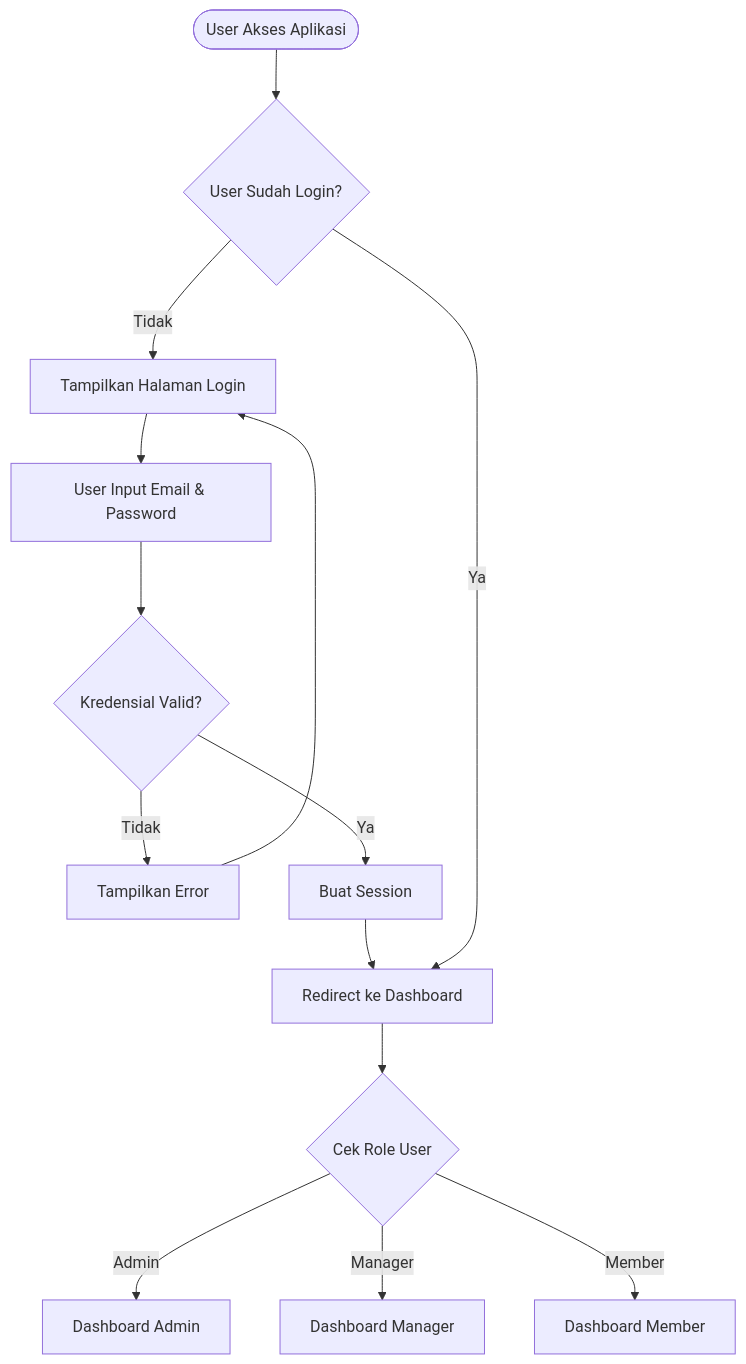
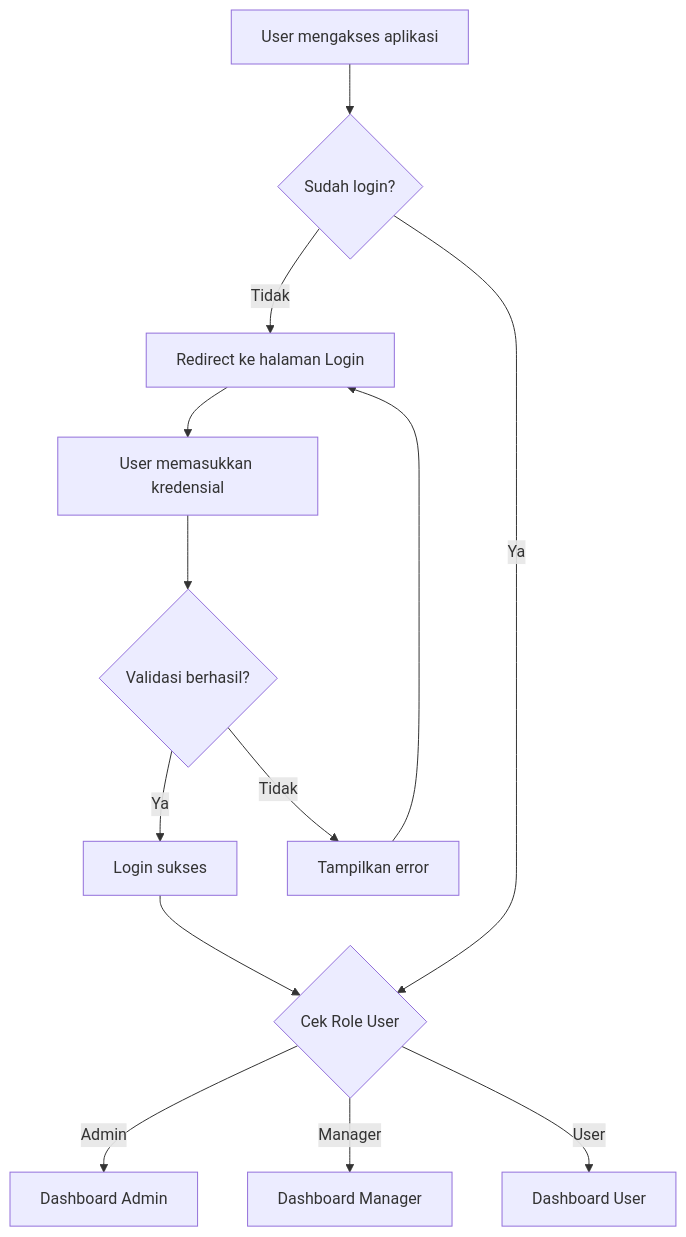
One commit to ALDY711/dokumentasi-project-manajemend-system changed the second of 4 diagrams in README.md. Above: the diagram before and after it, drawn with Mermaid. The commit also changed other lines of this file, not shown here.

````diff
--- a/README.md
+++ b/README.md
@@ -226,17 +375,15 @@
 ```mermaid
 flowchart TD
-    Start([User Akses Aplikasi]) --> CheckAuth{User Sudah Login?}
-    CheckAuth -->|Tidak| LoginPage[Tampilkan Halaman Login]
-    LoginPage --> InputCred[User Input Email & Password]
-    InputCred --> Validate{Kredensial Valid?}
-    Validate -->|Tidak| ErrorMsg[Tampilkan Error] --> LoginPage
-    Validate -->|Ya| CreateSession[Buat Session]
-    CreateSession --> RedirectDash[Redirect ke Dashboard]
-    
-    CheckAuth -->|Ya| RedirectDash
-    RedirectDash --> CheckRole{Cek Role User}
-    
-    CheckRole -->|Admin| AdminDash[Dashboard Admin]
-    CheckRole -->|Manager| ManagerDash[Dashboard Manager]
-    CheckRole -->|Member| MemberDash[Dashboard Member]
+    A[User mengakses aplikasi] --> B{Sudah login?}
+    B -->|Tidak| C[Redirect ke halaman Login]
+    C --> D[User memasukkan kredensial]
+    D --> E{Validasi berhasil?}
+    E -->|Ya| F[Login sukses]
+    E -->|Tidak| G[Tampilkan error]
+    G --> C
+    F --> H{Cek Role User}
+    H -->|Admin| I[Dashboard Admin]
+    H -->|Manager| J[Dashboard Manager]
+    H -->|User| K[Dashboard User]
+    B -->|Ya| H
 ```
````
